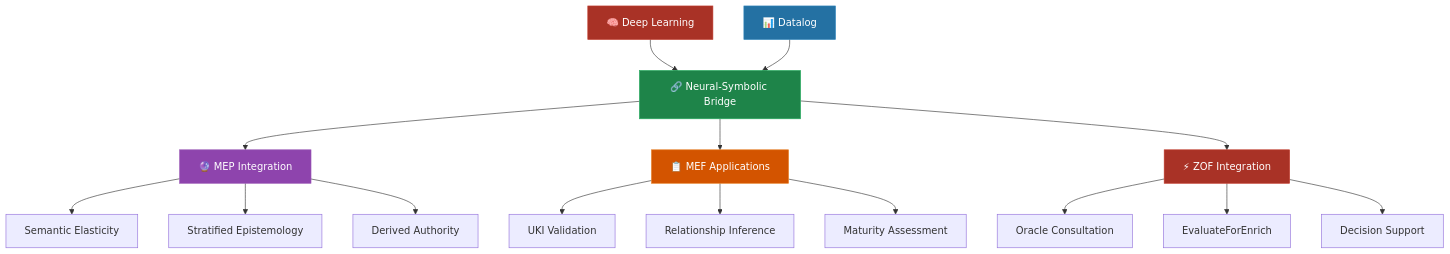
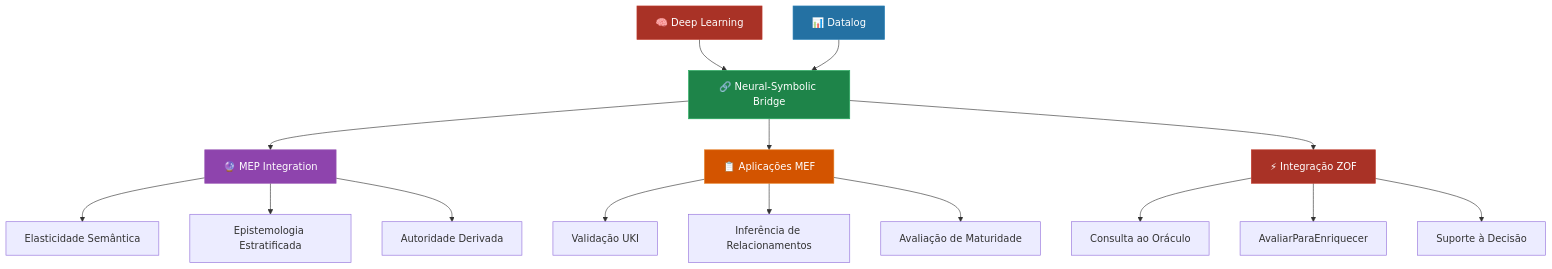
Before and after one commit to casheiro/matrix-protocol: the first of 4 diagrams in content/pt/docs/frameworks/inference-reasoning.md, drawn with Mermaid. The commit also changed 5 other files, not shown here.

````diff
--- a/content/pt/docs/frameworks/inference-reasoning.md
+++ b/content/pt/docs/frameworks/inference-reasoning.md
@@ -43,28 +43,28 @@
 ```mermaid
 graph TD
     A[🧠 Deep Learning] --> C[🔗 Neural-Symbolic Bridge]
     B[📊 Datalog] --> C
     
     C --> D[🔮 MEP Integration]
-    D --> D1[Semantic Elasticity]
-    D --> D2[Stratified Epistemology]
-    D --> D3[Derived Authority]
+    D --> D1[Elasticidade Semântica]
+    D --> D2[Epistemologia Estratificada]
+    D --> D3[Autoridade Derivada]
     
-    C --> E[📋 MEF Applications]
-    E --> E1[UKI Validation]
-    E --> E2[Relationship Inference]
-    E --> E3[Maturity Assessment]
+    C --> E[📋 Aplicações MEF]
+    E --> E1[Validação UKI]
+    E --> E2[Inferência de Relacionamentos]
+    E --> E3[Avaliação de Maturidade]
     
-    C --> F[⚡ ZOF Integration]
-    F --> F1[Oracle Consultation]
-    F --> F2[EvaluateForEnrich]
-    F --> F3[Decision Support]
+    C --> F[⚡ Integração ZOF]
+    F --> F1[Consulta ao Oráculo]
+    F --> F2[AvaliarParaEnriquecer]
+    F --> F3[Suporte à Decisão]
     
     %% Neural-Datalog Integration - Framework progression
     style A fill:#A93226,stroke:#C0392B,color:#fff
     style B fill:#2471A3,stroke:#2980B9,color:#fff
     style C fill:#1E8449,stroke:#27AE60,color:#fff
     style D fill:#8E44AD,stroke:#9B59B6,color:#fff
     style E fill:#D35400,stroke:#E67E22,color:#fff
     style F fill:#A93226,stroke:#C0392B,color:#fff
 ```
````
